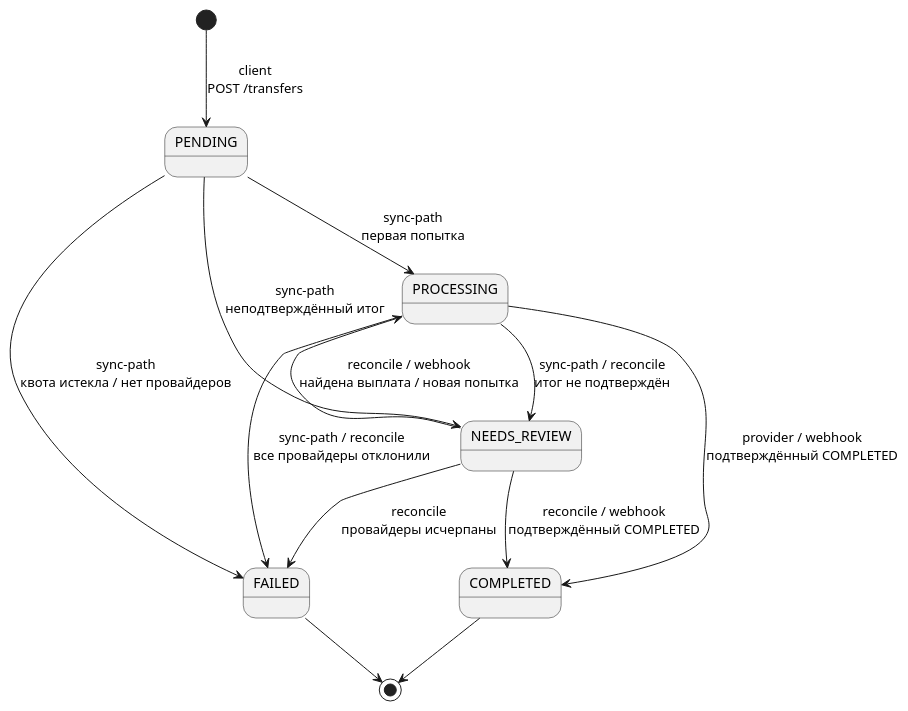
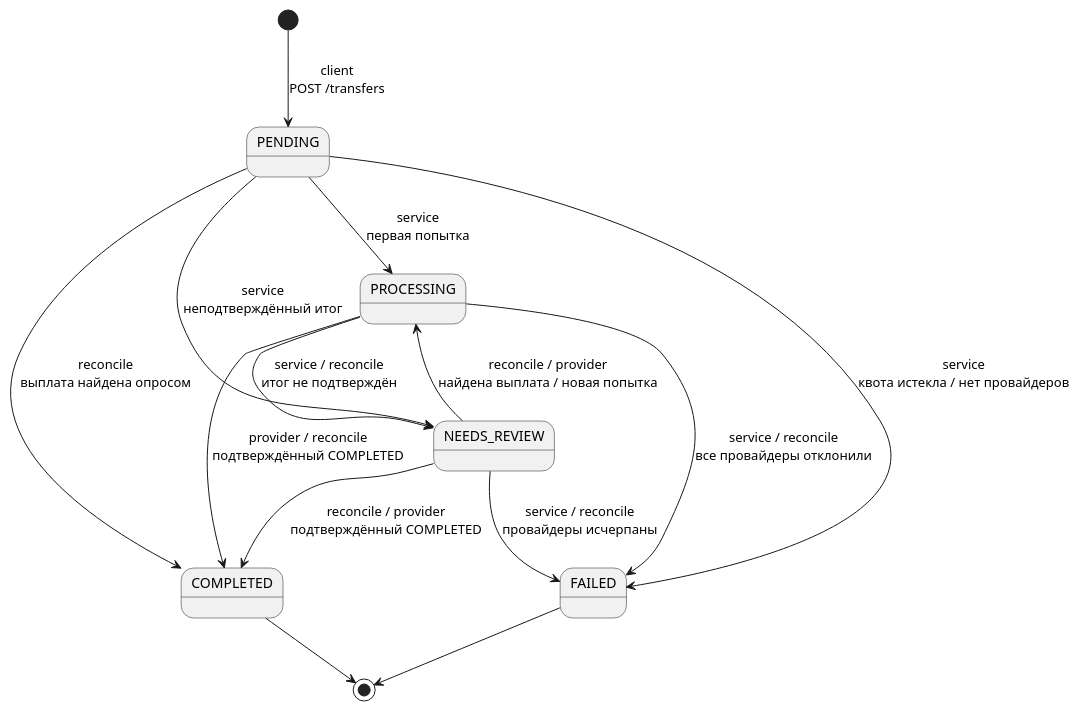
One commit to KillRmnv/northwind-transfer changed the diagram in docs/DECISIONS.md. Above: the diagram before and after it, drawn with PlantUML. The commit also changed other lines of this file and 28 other files, not shown here.

````diff
--- a/docs/DECISIONS.md
+++ b/docs/DECISIONS.md
@@ -275,16 +278,17 @@
 ```plantuml
 @startuml transfer_state_machine
 [*] --> PENDING : client\nPOST /transfers
-PENDING --> PROCESSING : sync-path\nпервая попытка
-PENDING --> FAILED : sync-path\nквота истекла / нет провайдеров
-PENDING --> NEEDS_REVIEW : sync-path\nнеподтверждённый итог
-PROCESSING --> COMPLETED : provider / webhook\nподтверждённый COMPLETED
-PROCESSING --> FAILED : sync-path / reconcile\nвсе провайдеры отклонили
-PROCESSING --> NEEDS_REVIEW : sync-path / reconcile\nитог не подтверждён
-NEEDS_REVIEW --> PROCESSING : reconcile / webhook\nнайдена выплата / новая попытка
-NEEDS_REVIEW --> COMPLETED : reconcile / webhook\nподтверждённый COMPLETED
-NEEDS_REVIEW --> FAILED : reconcile\nпровайдеры исчерпаны
+PENDING --> PROCESSING : service\nпервая попытка
+PENDING --> COMPLETED : reconcile\nвыплата найдена опросом
+PENDING --> FAILED : service\nквота истекла / нет провайдеров
+PENDING --> NEEDS_REVIEW : service\nнеподтверждённый итог
+PROCESSING --> COMPLETED : provider / reconcile\nподтверждённый COMPLETED
+PROCESSING --> FAILED : service / reconcile\nвсе провайдеры отклонили
+PROCESSING --> NEEDS_REVIEW : service / reconcile\nитог не подтверждён
+NEEDS_REVIEW --> PROCESSING : reconcile / provider\nнайдена выплата / новая попытка
+NEEDS_REVIEW --> COMPLETED : reconcile / provider\nподтверждённый COMPLETED
+NEEDS_REVIEW --> FAILED : service / reconcile\nпровайдеры исчерпаны
 COMPLETED --> [*]
 FAILED --> [*]
 @enduml
 ```
````
